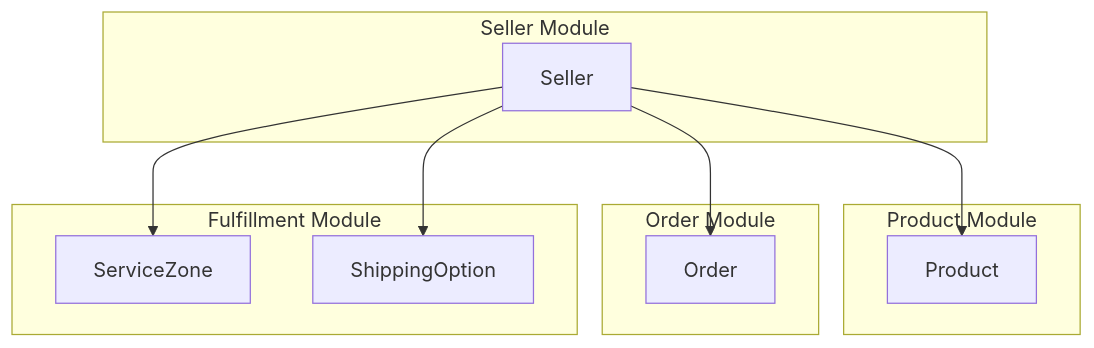
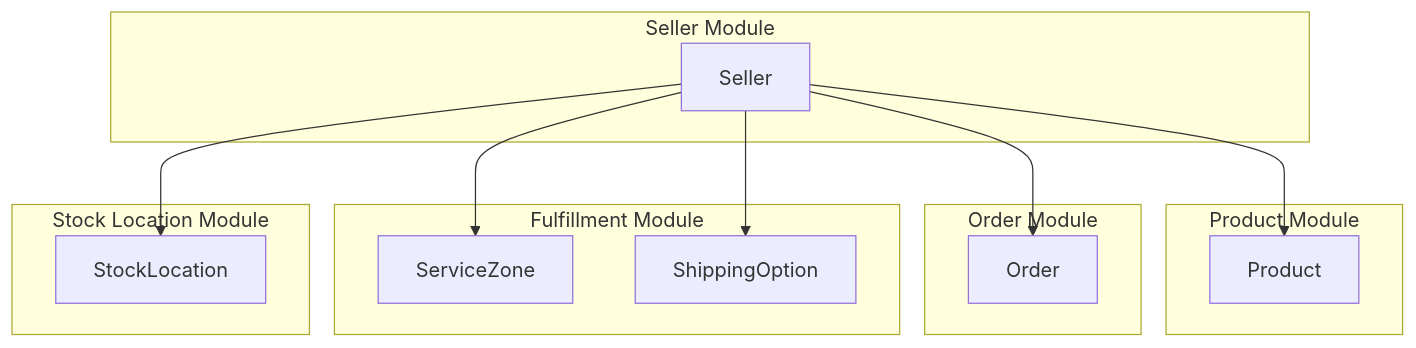
The first of 3 diagrams in core-concepts/seller.mdx (rigby-sh/mercur-v2-docs), drawn with Mermaid before and after one commit. The commit also changed other lines of this file, not shown here.

Commit message:
docs: Update stock location info

````diff
--- a/core-concepts/seller.mdx
+++ b/core-concepts/seller.mdx
@@ -24,24 +25,29 @@
 ```mermaid
 graph TD
     subgraph SellerModule[Seller Module]
         Seller
     end
 
     subgraph ProductModule[Product Module]
         Product
     end
 
     subgraph OrderModule[Order Module]
         Order
     end
 
     subgraph FulfillmentModule[Fulfillment Module]
         ServiceZone
         ShippingOption
     end
 
+    subgraph StockLocationModule[Stock Location Module]
+        StockLocation
+    end
+
     Seller --> Product
     Seller --> Order
     Seller --> ServiceZone
     Seller --> ShippingOption
+    Seller --> StockLocation
 ```
````
